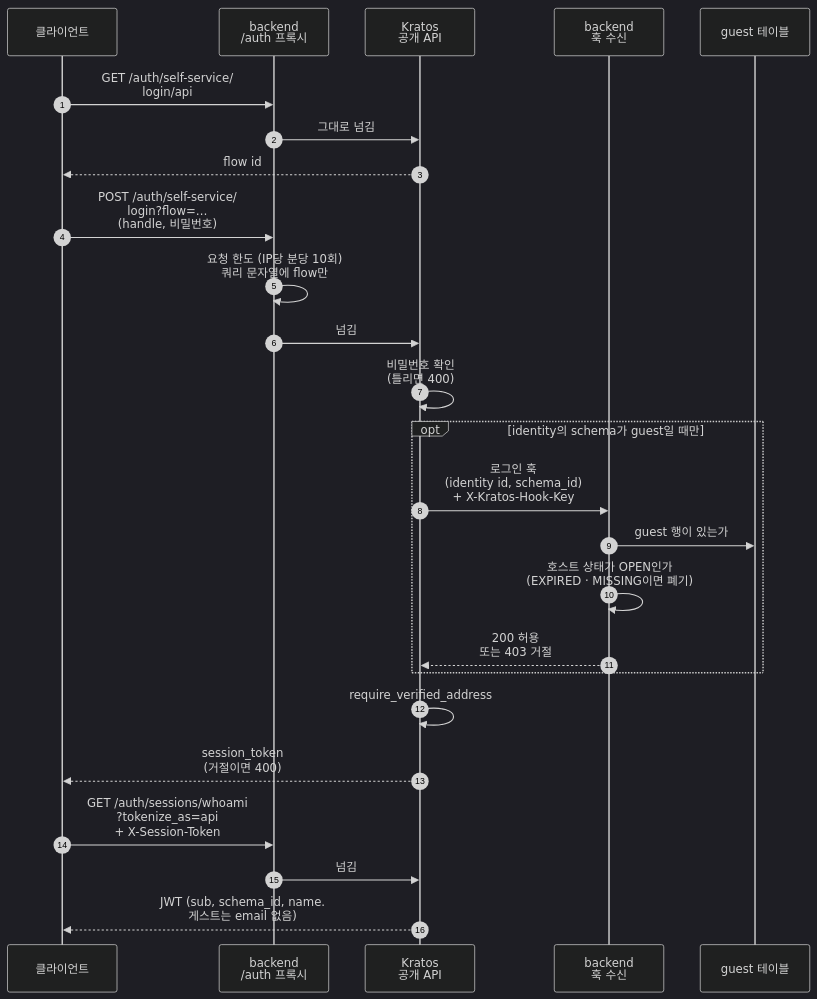
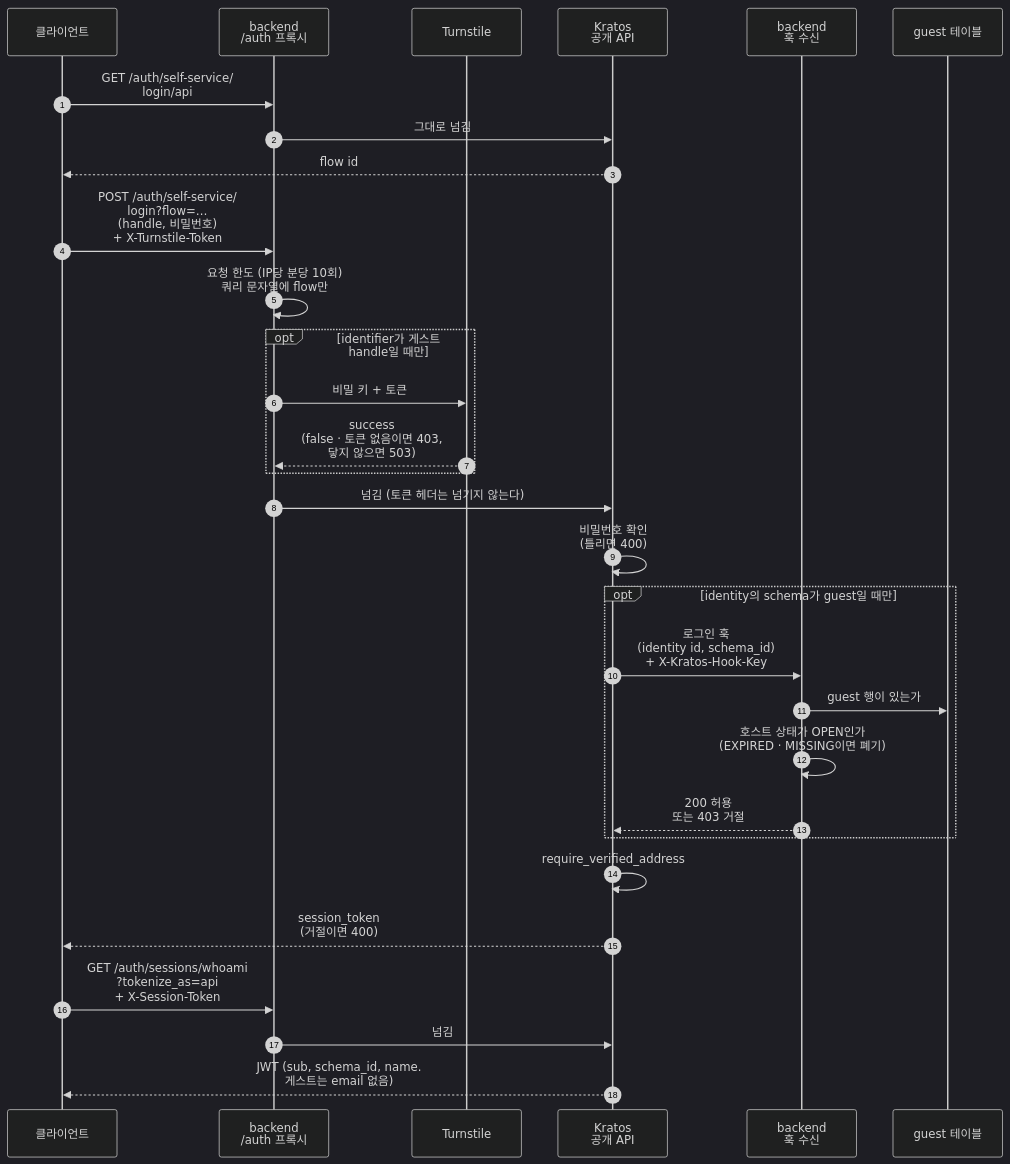
One commit to onprem-hipster-timer/backend changed the third of 10 diagrams in docs/guides/guest.ko.md. Above: the diagram before and after it, drawn with Mermaid (dark theme). The commit also changed other lines of this file and 9 other files, not shown here.

Commit message:
docs: 게스트 로그인의 Turnstile 확인과 게스트 토큰 판정을 인증·공개 범위·미팅 가이드에 반영한다

````diff
--- a/docs/guides/guest.ko.md
+++ b/docs/guides/guest.ko.md
@@ -162,30 +165,35 @@
 ```mermaid
 sequenceDiagram
     autonumber
     participant C as 클라이언트
     participant P as backend<br/>/auth 프록시
+    participant T as Turnstile
     participant K as Kratos<br/>공개 API
     participant H as backend<br/>훅 수신
     participant D as guest 테이블
 
     C->>P: GET /auth/self-service/<br/>login/api
     P->>K: 그대로 넘김
     K-->>C: flow id
 
-    C->>P: POST /auth/self-service/<br/>login?flow=…<br/>(handle, 비밀번호)
+    C->>P: POST /auth/self-service/<br/>login?flow=…<br/>(handle, 비밀번호)<br/>+ X-Turnstile-Token
     P->>P: 요청 한도 (IP당 분당 10회)<br/>쿼리 문자열에 flow만
-    P->>K: 넘김
+    opt identifier가 게스트 handle일 때만
+        P->>T: 비밀 키 + 토큰
+        T-->>P: success<br/>(false · 토큰 없음이면 403,<br/>닿지 않으면 503)
+    end
+    P->>K: 넘김 (토큰 헤더는 넘기지 않는다)
     K->>K: 비밀번호 확인<br/>(틀리면 400)
     opt identity의 schema가 guest일 때만
         K->>H: 로그인 훅<br/>(identity id, schema_id)<br/>+ X-Kratos-Hook-Key
         H->>D: guest 행이 있는가
         H->>H: 호스트 상태가 OPEN인가<br/>(EXPIRED · MISSING이면 폐기)
         H-->>K: 200 허용<br/>또는 403 거절
     end
     K->>K: require_verified_address
     K-->>C: session_token<br/>(거절이면 400)
 
     C->>P: GET /auth/sessions/whoami<br/>?tokenize_as=api<br/>+ X-Session-Token
     P->>K: 넘김
     K-->>C: JWT (sub, schema_id, name.<br/>게스트는 email 없음)
 ```
````
